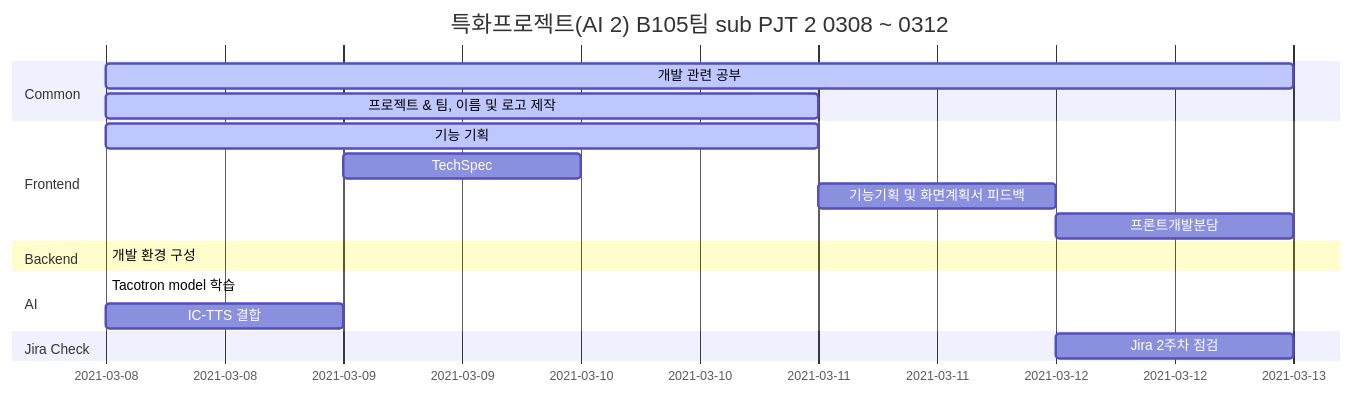
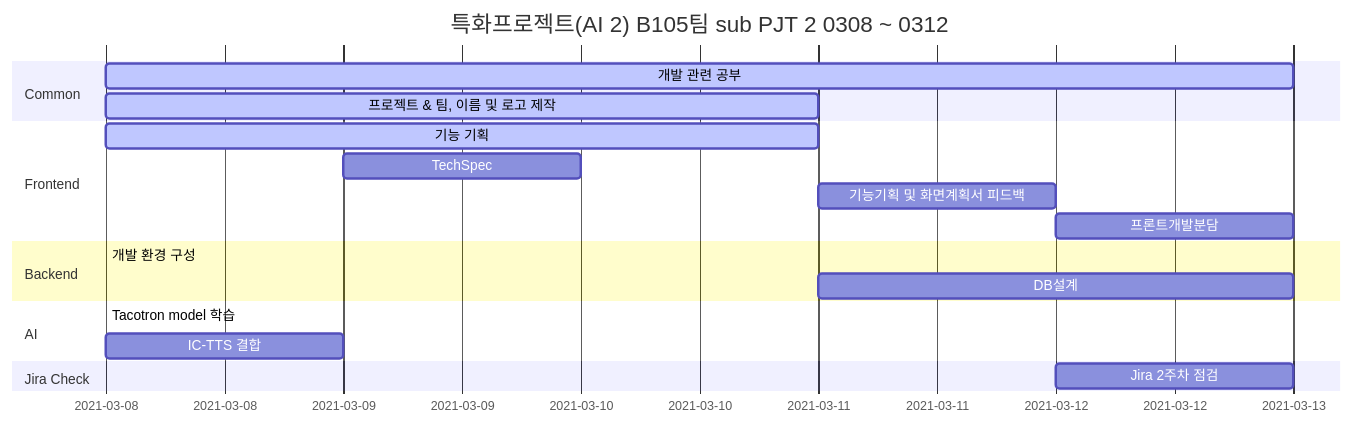
The diagram in README.md (jes5918/dinory), drawn with Mermaid before and after one commit.

Commit message:
[docs] readme 수정

````diff
--- a/README.md
+++ b/README.md
@@ -26,24 +26,25 @@
 ```mermaid
 gantt
     axisFormat  %Y-%m-%d
     title      특화프로젝트(AI 2) B105팀 sub PJT 2 0308 ~ 0312
 	section Common
 	개발 관련 공부: active, 2021-03-08, 5d
 	프로젝트 & 팀, 이름 및 로고 제작 : active, 2021-03-08, 3d
 
     section Frontend
     기능 기획 :active, a1, 2021-03-08, 3d
     TechSpec :, 2021-03-09, 1d
     기능기획 및 화면계획서 피드백 :after a1, 1d
     프론트개발분담 :	, 2021-03-12, 1d
 
     section Backend
    	개발 환경 구성 :active, 2021-03-08, 2021-03-11
+   	DB설계 :after, 2021-03-11, 2d
 
    	section AI
    	Tacotron model 학습 :active, a2, 2021-03-08, 2021-03-11
    	IC-TTS 결합 :after a2, 1d
 
    	section Jira Check
    	Jira 2주차 점검 :, 2021-03-12, 1d
 ```
````
